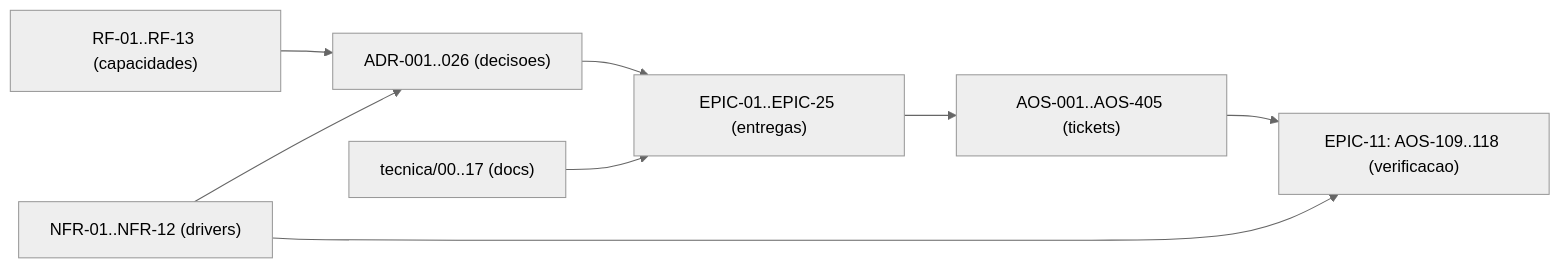
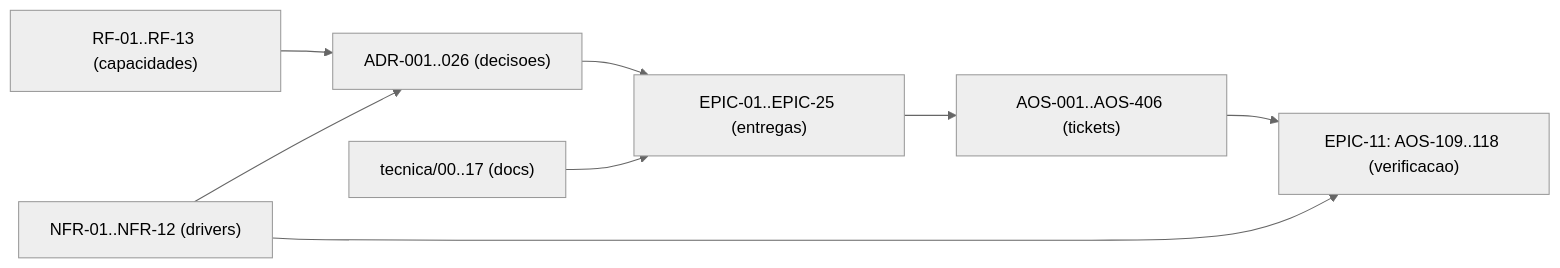
One commit to albinoJimy/aos changed the diagram in tecnica/16_Rastreabilidade_RTM.md. Above: the diagram before and after it, drawn with Mermaid (neutral theme). The commit also changed other lines of this file and 21 other files, not shown here.

````diff
--- a/tecnica/16_Rastreabilidade_RTM.md
+++ b/tecnica/16_Rastreabilidade_RTM.md
@@ -184,10 +184,10 @@
 ```mermaid
 flowchart LR
     RF["RF-01..RF-13 (capacidades)"] --> ADR["ADR-001..026 (decisoes)"]
     NFR["NFR-01..NFR-12 (drivers)"] --> ADR
     ADR --> EPIC["EPIC-01..EPIC-25 (entregas)"]
-    EPIC --> TICK["AOS-001..AOS-405 (tickets)"]
+    EPIC --> TICK["AOS-001..AOS-406 (tickets)"]
     DOC["tecnica/00..17 (docs)"] --> EPIC
     TICK --> TEST["EPIC-11: AOS-109..118 (verificacao)"]
     NFR --> TEST
 ```
````
